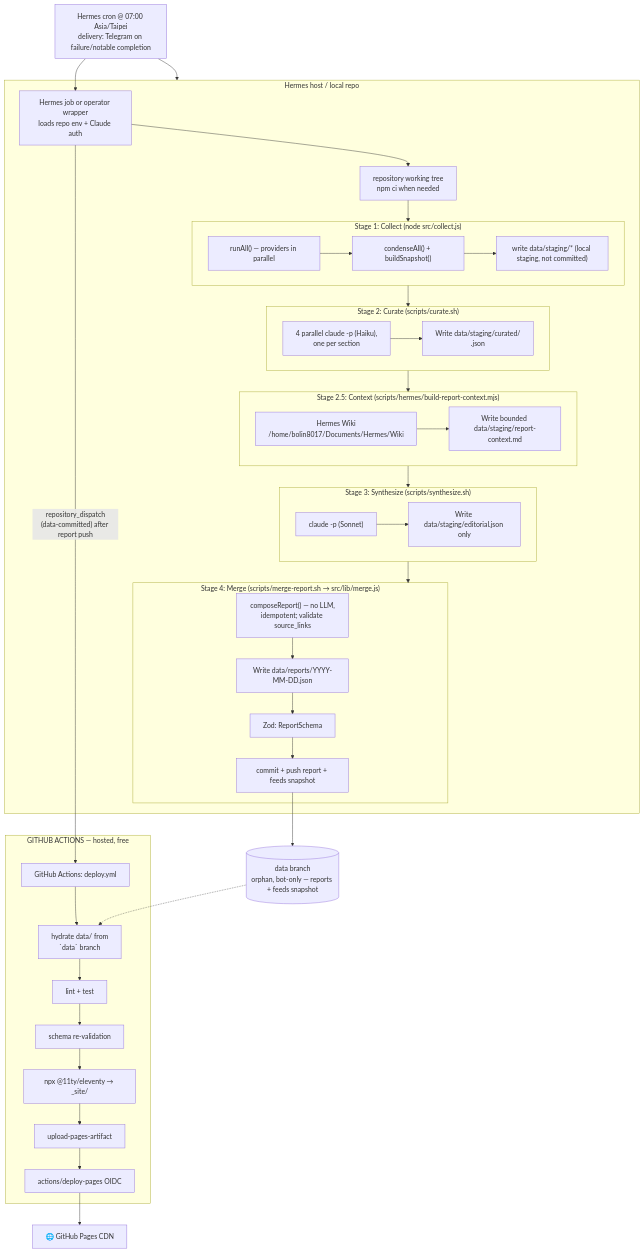
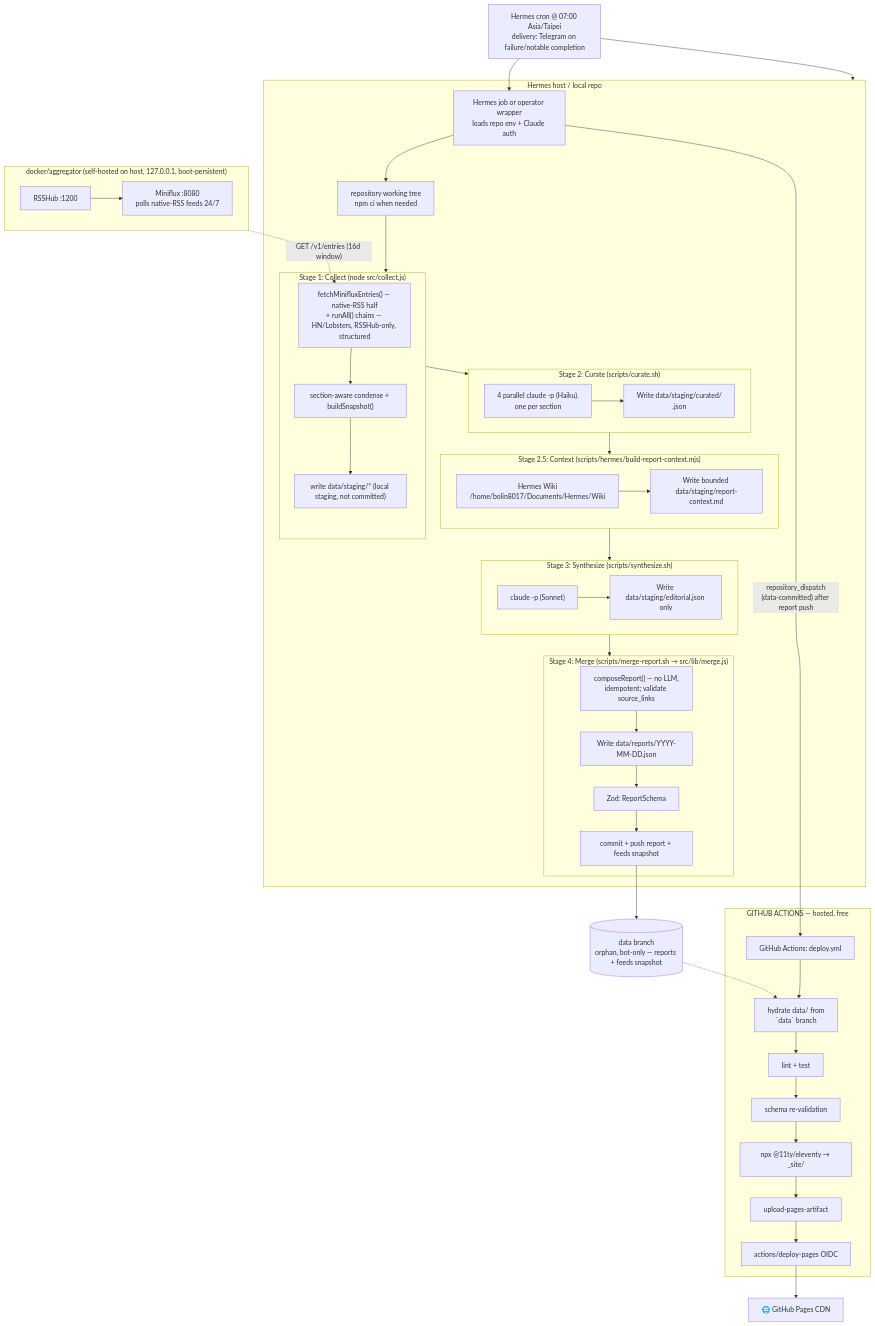
The first of 4 diagrams in docs/architecture.md (bolin8017/ai-daily-report), drawn with Mermaid before and after one commit. The commit also changed other lines of this file and 6 other files, not shown here.

First line of the commit message:
docs: make architecture.md the canonical system doc + archive superseded docs (#98)

````diff
--- a/docs/architecture.md
+++ b/docs/architecture.md
@@ -17,60 +19,66 @@
 ```mermaid
 flowchart TD
   Timer["Hermes cron @ 07:00 Asia/Taipei<br/>delivery: Telegram on failure/notable completion"] --> Host
 
   subgraph Host["Hermes host / local repo"]
     CronRun["Hermes job or operator wrapper<br/>loads repo env + Claude auth"]
     CronRun --> Entry["repository working tree<br/>npm ci when needed"]
 
       subgraph Stage1["Stage 1: Collect (node src/collect.js)"]
-        Fetch["runAll() — providers in parallel"]
-        Fetch --> Condense["condenseAll() + buildSnapshot()"]
+        Fetch["fetchMinifluxEntries() — native-RSS half<br/>+ runAll() chains — HN/Lobsters, RSSHub-only, structured"]
+        Fetch --> Condense["section-aware condense + buildSnapshot()"]
         Condense --> WriteStaging["write data/staging/* (local staging, not committed)"]
       end
 
       subgraph Stage2["Stage 2: Curate (scripts/curate.sh)"]
         Curate["4 parallel claude -p (Haiku),<br/>one per section"]
         Curate --> WriteCurated["Write data/staging/curated/<section>.json"]
       end
 
       subgraph Stage25["Stage 2.5: Context (scripts/hermes/build-report-context.mjs)"]
         Wiki["Hermes Wiki<br/>/home/bolin8017/Documents/Hermes/Wiki"]
         Wiki --> Context["Write bounded data/staging/report-context.md"]
       end
 
       subgraph Stage3["Stage 3: Synthesize (scripts/synthesize.sh)"]
         Synth["claude -p (Sonnet)"]
         Synth --> WriteEditorial["Write data/staging/editorial.json only"]
       end
 
       subgraph Stage4["Stage 4: Merge (scripts/merge-report.sh → src/lib/merge.js)"]
         Compose["composeReport() — no LLM,<br/>idempotent; validate source_links"]
         Compose --> WriteReport["Write data/reports/YYYY-MM-DD.json"]
         WriteReport --> Validate["Zod: ReportSchema"]
         Validate --> CommitReport["commit + push report + feeds snapshot"]
       end
 
       Entry --> Stage1
       Stage1 --> Stage2
       Stage2 --> Stage25
       Stage25 --> Stage3
       Stage3 --> Stage4
   end
 
+  subgraph Agg["docker/aggregator (self-hosted on host, 127.0.0.1, boot-persistent)"]
+    direction LR
+    RSSHubBox["RSSHub :1200"] --> MinifluxBox["Miniflux :8080<br/>polls native-RSS feeds 24/7"]
+  end
+  MinifluxBox -.->|"GET /v1/entries (16d window)"| Fetch
+
   Timer --> CronRun
   CommitReport --> DataBranch[(data branch<br/>orphan, bot-only — reports + feeds snapshot)]
 
   CronRun -->|"repository_dispatch<br/>(data-committed) after report push"| GHA[GitHub Actions: deploy.yml]
 
   subgraph GHACI["GITHUB ACTIONS — hosted, free"]
     GHA --> Hydrate[hydrate data/ from<br/>`data` branch]
     Hydrate --> Lint[lint + test]
     Lint --> RevValidate[schema re-validation]
     RevValidate --> Build[npx @11ty/eleventy → _site/]
     Build --> Upload[upload-pages-artifact]
     Upload --> Deploy[actions/deploy-pages OIDC]
   end
 
   DataBranch -.-> Hydrate
   Deploy --> Pages[🌐 GitHub Pages CDN]
 ```
````
